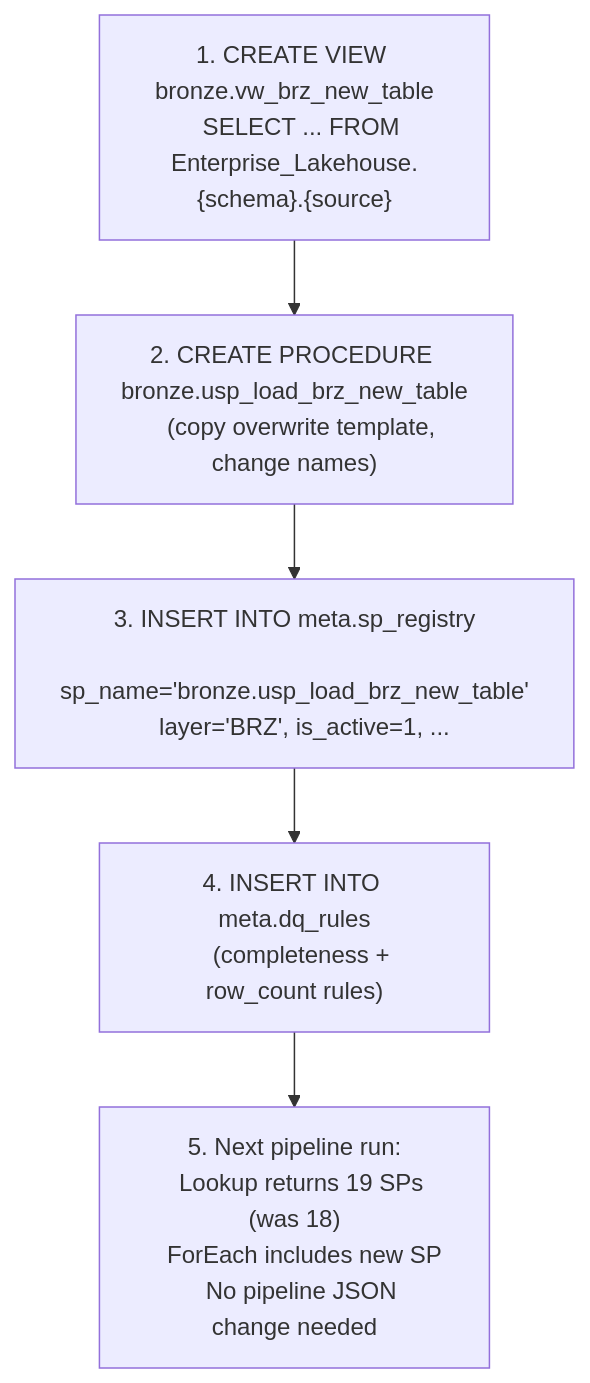
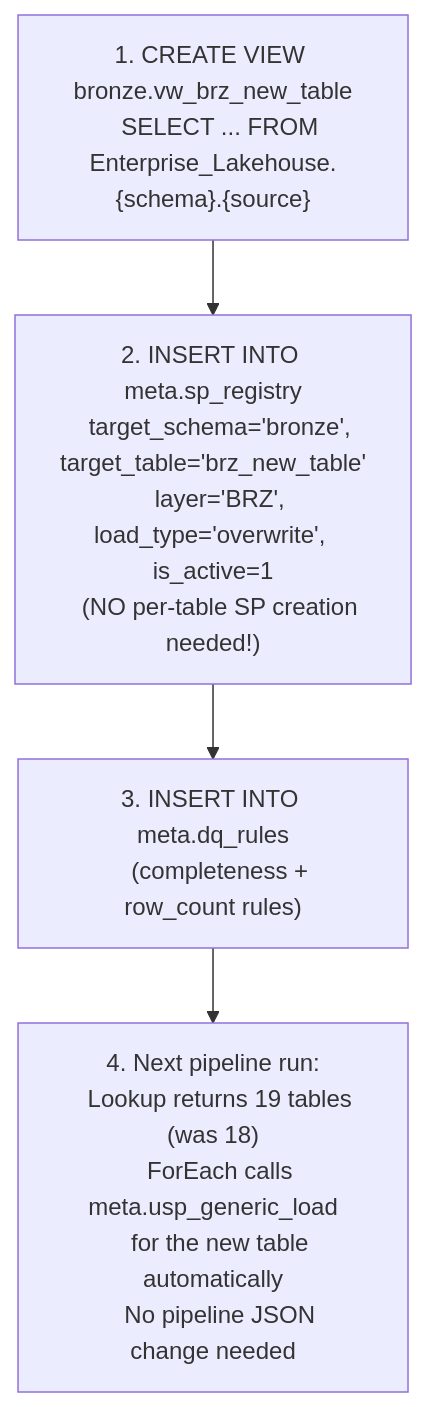
Before and after one commit to ankinguyen-engineer-2002/Fabric-v9-Warehouse-Medallion: the ninth of 11 diagrams in Fabric_Architect/v9_pipeline_supplychain.md, drawn with Mermaid. The commit also changed other lines of this file and 7 other files, not shown here.

First line of the commit message:
Generic SP migration: 28 per-table SPs → 1 meta.usp_generic_load

````diff
--- a/Fabric_Architect/v9_pipeline_supplychain.md
+++ b/Fabric_Architect/v9_pipeline_supplychain.md
@@ -420,10 +421,9 @@
 ```mermaid
 flowchart TD
     A["1. CREATE VIEW bronze.vw_brz_new_table\n   SELECT ... FROM Enterprise_Lakehouse.{schema}.{source}"]
-    B["2. CREATE PROCEDURE bronze.usp_load_brz_new_table\n   (copy overwrite template, change names)"]
-    C["3. INSERT INTO meta.sp_registry\n   sp_name='bronze.usp_load_brz_new_table'\n   layer='BRZ', is_active=1, ..."]
-    D["4. INSERT INTO meta.dq_rules\n   (completeness + row_count rules)"]
-    E["5. Next pipeline run:\n   Lookup returns 19 SPs (was 18)\n   ForEach includes new SP\n   No pipeline JSON change needed"]
+    B["2. INSERT INTO meta.sp_registry\n   target_schema='bronze', target_table='brz_new_table'\n   layer='BRZ', load_type='overwrite', is_active=1\n   (NO per-table SP creation needed!)"]
+    C["3. INSERT INTO meta.dq_rules\n   (completeness + row_count rules)"]
+    D["4. Next pipeline run:\n   Lookup returns 19 tables (was 18)\n   ForEach calls meta.usp_generic_load\n   for the new table automatically\n   No pipeline JSON change needed"]
 
-    A --> B --> C --> D --> E
+    A --> B --> C --> D
 ```
````
